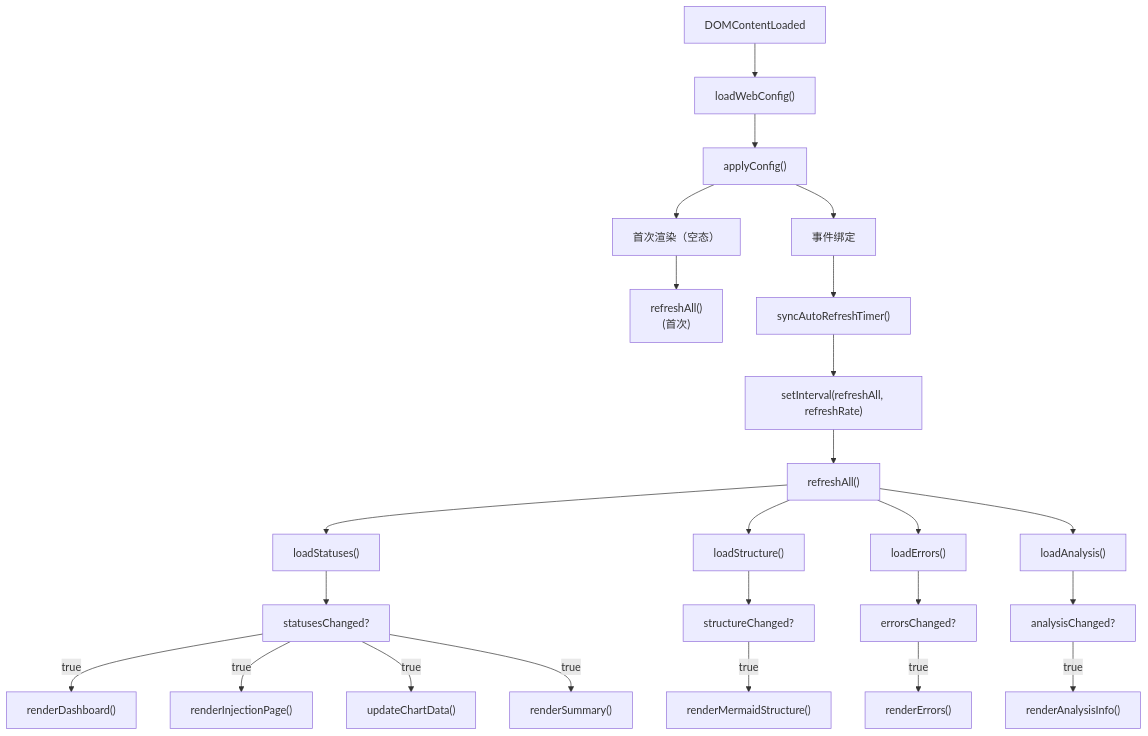
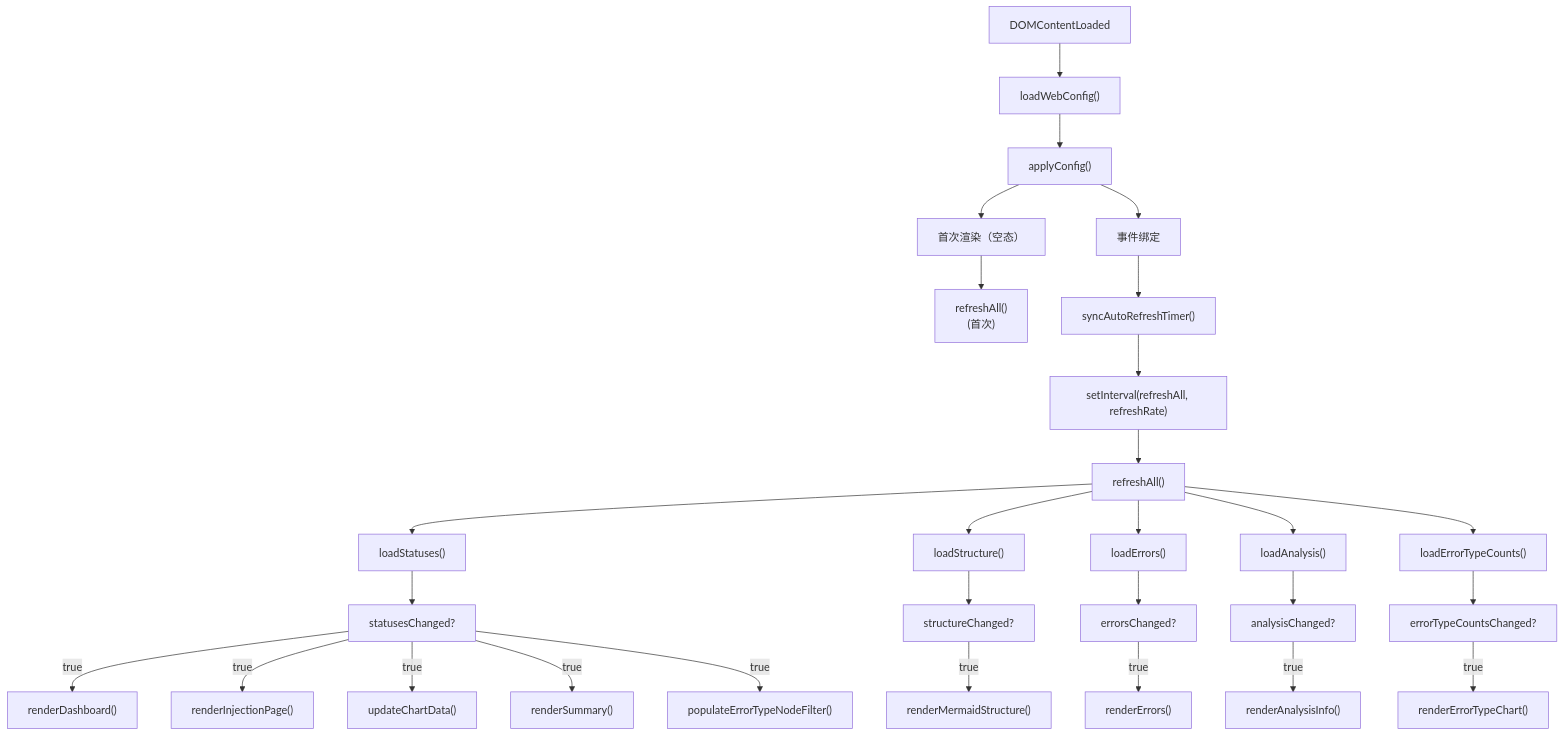
One commit to Mr-xiaotian/celestialflow-web changed the second of 2 diagrams in docs/zh-CN/src/static/ts/main.md. Above: the diagram before and after it, drawn with Mermaid. The commit also changed other lines of this file and 15 other files, not shown here.

````diff
--- a/docs/zh-CN/src/static/ts/main.md
+++ b/docs/zh-CN/src/static/ts/main.md
@@ -107,31 +111,36 @@
 ```mermaid
 flowchart TD
     A["DOMContentLoaded"] --> B["loadWebConfig()"]
     B --> C["applyConfig()"]
     C --> D["首次渲染（空态）"]
     C --> E["事件绑定"]
     D --> F["refreshAll()<br/>(首次)"]
     E --> G["syncAutoRefreshTimer()"]
     G --> H["setInterval(refreshAll, refreshRate)"]
 
     H --> RA["refreshAll()"]
     RA --> I["loadStatuses()"]
     RA --> J["loadStructure()"]
     RA --> K["loadErrors()"]
     RA --> L["loadAnalysis()"]
+    RA --> M["loadErrorTypeCounts()"]
 
     I --> N["statusesChanged?"]
     N -->|true| O["renderDashboard()"]
     N -->|true| P["renderInjectionPage()"]
     N -->|true| Q["updateChartData()"]
     N -->|true| R["renderSummary()"]
+    N -->|true| P2["populateErrorTypeNodeFilter()"]
 
     J --> S["structureChanged?"]
     S -->|true| T["renderMermaidStructure()"]
 
     K --> U["errorsChanged?"]
     U -->|true| V["renderErrors()"]
 
     L --> W["analysisChanged?"]
     W -->|true| X["renderAnalysisInfo()"]
+
+    M --> Y["errorTypeCountsChanged?"]
+    Y -->|true| Z["renderErrorTypeChart()"]
 ```
````
